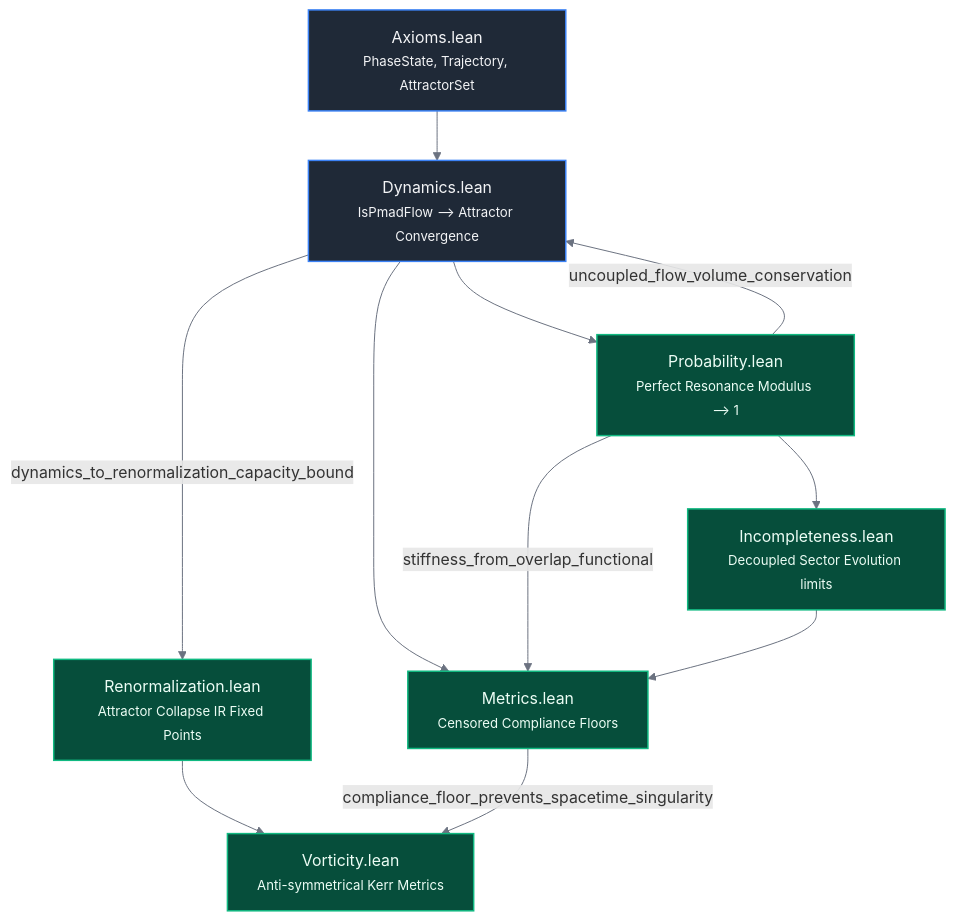
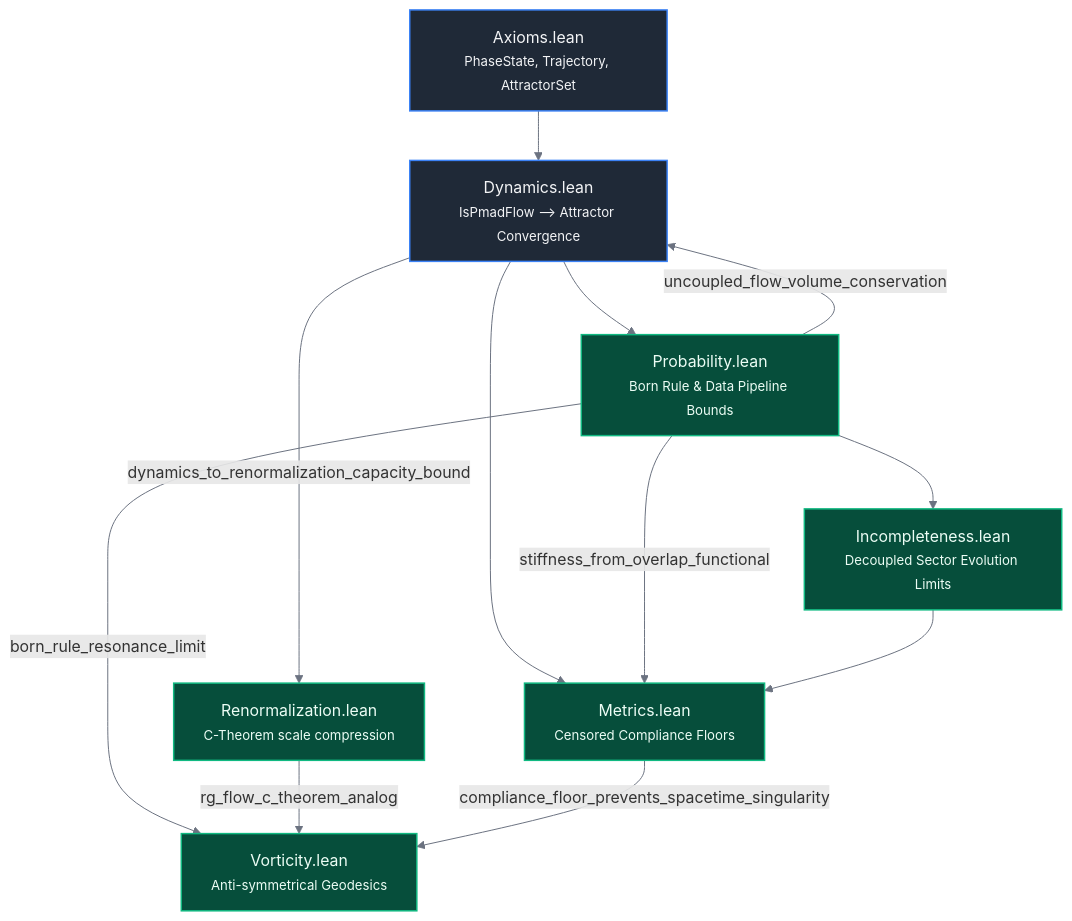
One commit to cinquemb/PMAD-lean changed the diagram in README.md. Above: the diagram before and after it, drawn with Mermaid. The commit also changed other lines of this file, not shown here.

````diff
--- a/README.md
+++ b/README.md
@@ -24,27 +24,30 @@
 ```mermaid
 graph TD
     %% Nodes Style Configuration
     classDef default fill:#1f2328,stroke:#30363d,stroke-width:1px,color:#e6edf3;
     classDef primary fill:#1f2937,stroke:#3b82f6,stroke-width:1.5px,color:#f3f4f6;
     classDef success fill:#064e3b,stroke:#10b981,stroke-width:1.5px,color:#ecfdf5;
 
     %% Workflow Connections
     A[Axioms.lean<br><small>PhaseState, Trajectory, AttractorSet</small>]:::primary --> B[Dynamics.lean<br><small>IsPmadFlow ⟶ Attractor Convergence</small>]:::primary
     
-    B --> C[Probability.lean<br><small>Perfect Resonance Modulus ⟶ 1</small>]:::success
+    B --> C[Probability.lean<br><small>Born Rule & Data Pipeline Bounds</small>]:::success
     B --> D[Metrics.lean<br><small>Censored Compliance Floors</small>]:::success
     
-    C --> G[Incompleteness.lean<br><small>Decoupled Sector Evolution limits</small>]:::success
+    C --> G[Incompleteness.lean<br><small>Decoupled Sector Evolution Limits</small>]:::success
     
     %% Inter-module link loops
     C -- "uncoupled_flow_volume_conservation" --> B
     C -- "stiffness_from_overlap_functional" --> D
-    B -- "dynamics_to_renormalization_capacity_bound" --> E[Renormalization.lean<br><small>Attractor Collapse IR Fixed Points</small>]:::success
-    E --> F[Vorticity.lean<br><small>Anti-symmetrical Kerr Metrics</small>]:::success
+    C -- "born_rule_resonance_limit" --> F
+    
+    B -- "dynamics_to_renormalization_capacity_bound" --> E[Renormalization.lean<br><small>C-Theorem scale compression</small>]:::success
+    
+    E -- "rg_flow_c_theorem_analog" --> F[Vorticity.lean<br><small>Anti-symmetrical Geodesics</small>]:::success
     D -- "compliance_floor_prevents_spacetime_singularity" --> F
     
     G --> D
 
     %% Link adjustments
     linkStyle default stroke:#6b7280,stroke-width:1px;
 ```
````
